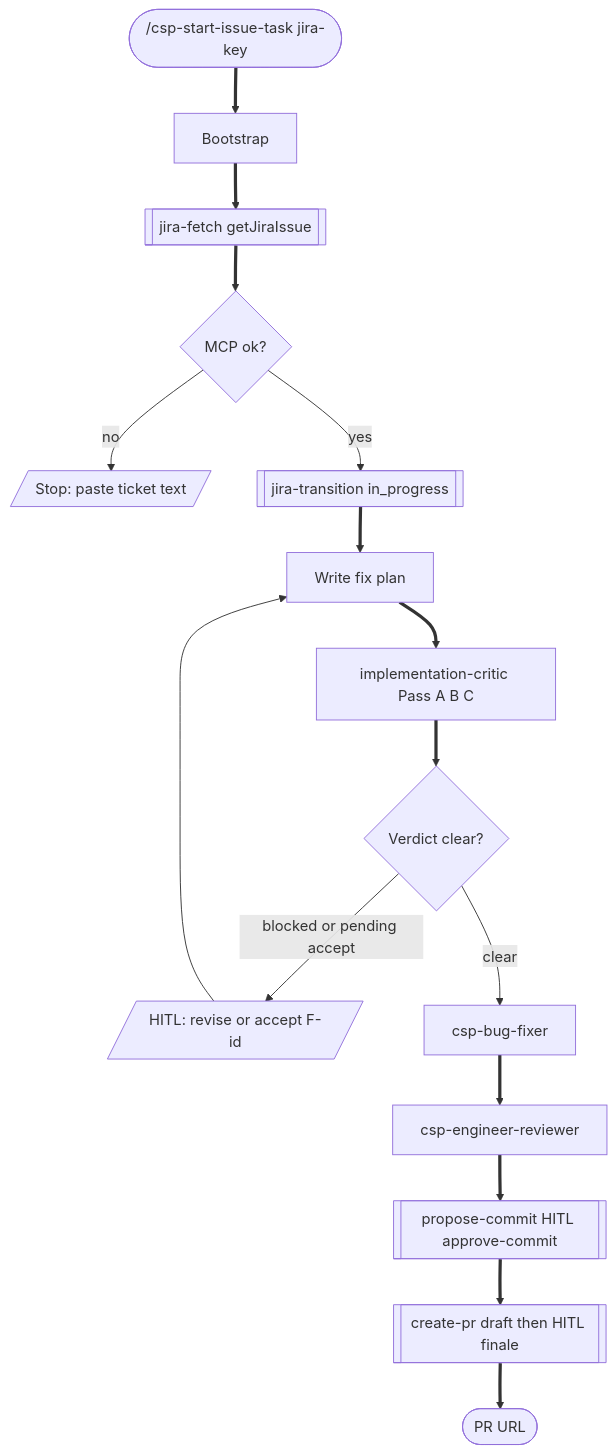
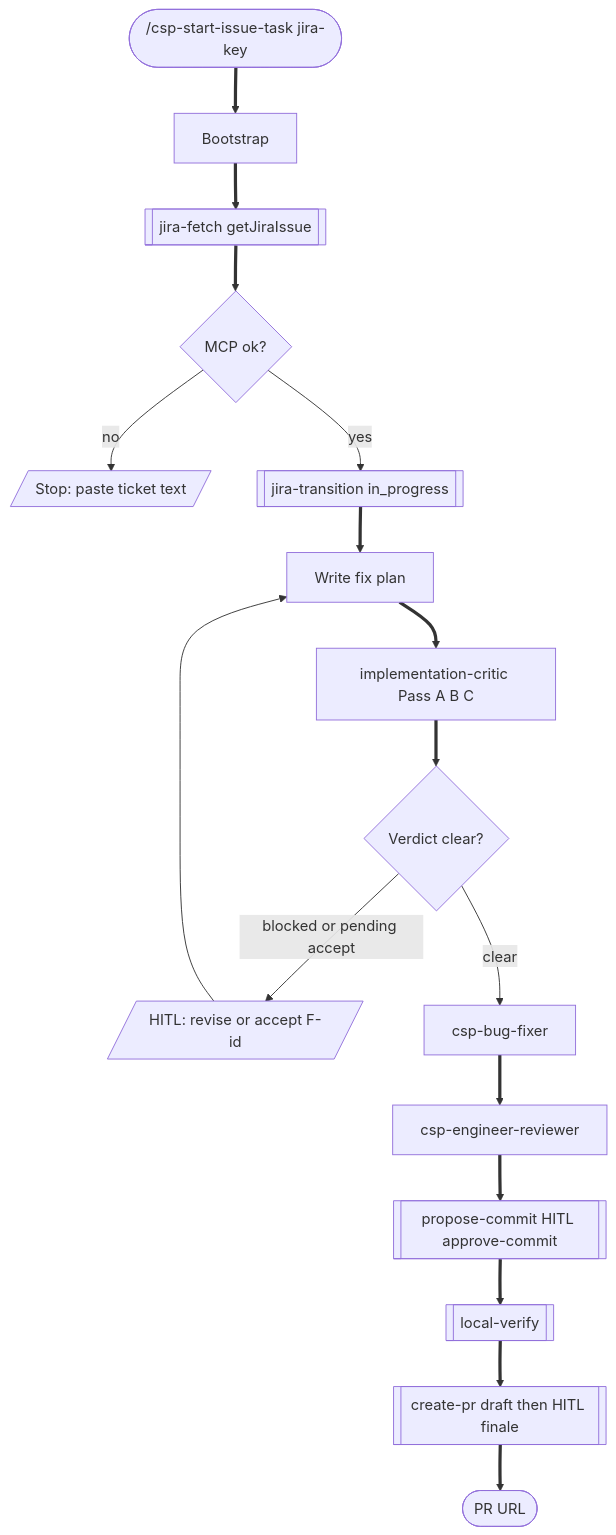
Before and after one commit to a-trembak/cursor-spells: diagram 14 of 15 in docs/superpowers/pipeline-flow.md, drawn with Mermaid. The commit also changed other lines of this file and 11 other files, not shown here.

First line of the commit message:
feat: wire local-verify before create-pr

````diff
--- a/docs/superpowers/pipeline-flow.md
+++ b/docs/superpowers/pipeline-flow.md
@@ -571,25 +610,26 @@
 ```mermaid
 flowchart TD
   startIssue(["/csp-start-issue-task jira-key"])
   boot["Bootstrap"]
   jira[["jira-fetch getJiraIssue"]]
   jiraFail{MCP ok?}
   stopJira[/"Stop: paste ticket text"/]
   inProgress[["jira-transition in_progress"]]
   planFix["Write fix plan"]
   critic["implementation-critic Pass A B C"]
   verdict{Verdict clear?}
   hitlCrit[/"HITL: revise or accept F-id"/]
   fixer["csp-bug-fixer"]
   review["csp-engineer-reviewer"]
   commitNode[["propose-commit HITL approve-commit"]]
+  verifyNode[["local-verify"]]
   prNode[["create-pr draft then HITL finale"]]
   doneIssue(["PR URL"])
 
   startIssue ==> boot ==> jira ==> jiraFail
   jiraFail -->|"no"| stopJira
   jiraFail -->|"yes"| inProgress ==> planFix ==> critic ==> verdict
   verdict -->|"blocked or pending accept"| hitlCrit
   hitlCrit --> planFix
-  verdict -->|"clear"| fixer ==> review ==> commitNode ==> prNode ==> doneIssue
+  verdict -->|"clear"| fixer ==> review ==> commitNode ==> verifyNode ==> prNode ==> doneIssue
 ```
````
